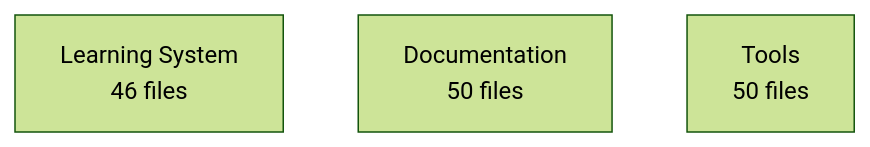
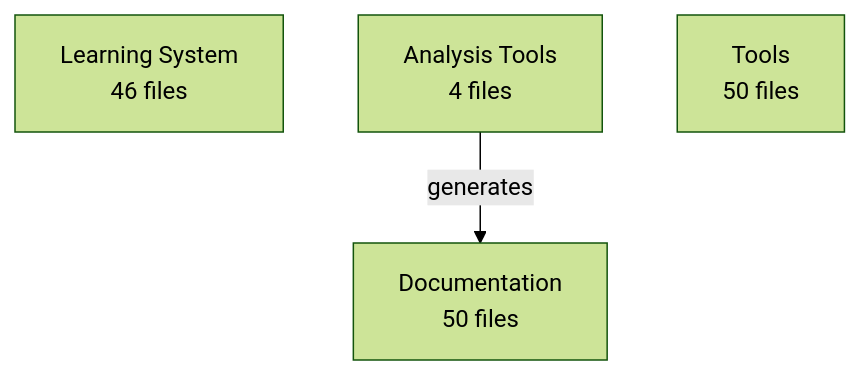
One commit to enufacas/Chained changed the diagram in analysis/architecture/architecture.mmd. Above: the diagram before and after it, drawn with Mermaid (forest theme). The commit also changed 6 other files, not shown here.

First line of the commit message:
🏗️ Update architecture evolution tracking

```diff
--- a/analysis/architecture/architecture.mmd
+++ b/analysis/architecture/architecture.mmd
@@ -1,4 +1,6 @@
 graph TD
     learning_system[Learning System<br/>46 files]
+    analysis_tools[Analysis Tools<br/>4 files]
     documentation[Documentation<br/>50 files]
     tools[Tools<br/>50 files]
+    analysis_tools -->|generates| documentation
```
